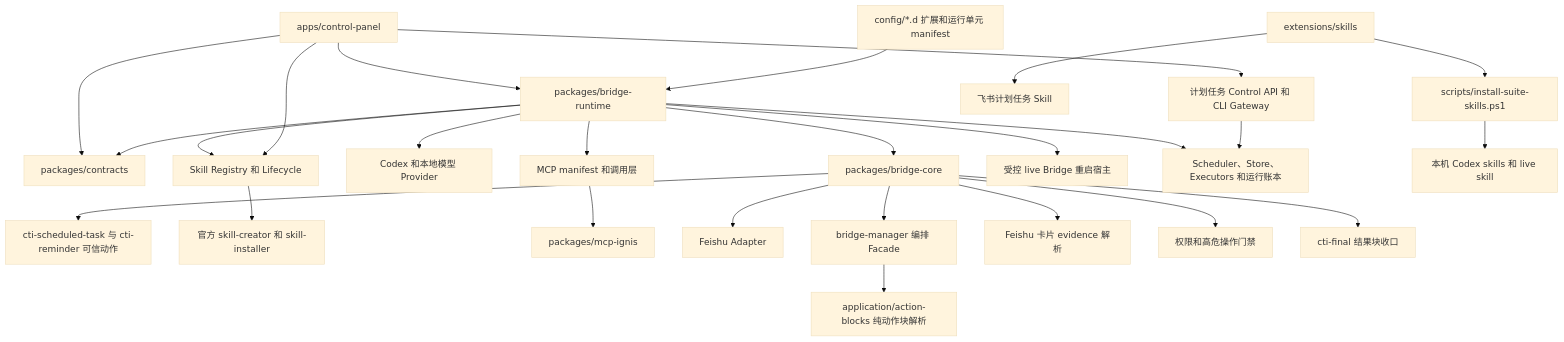
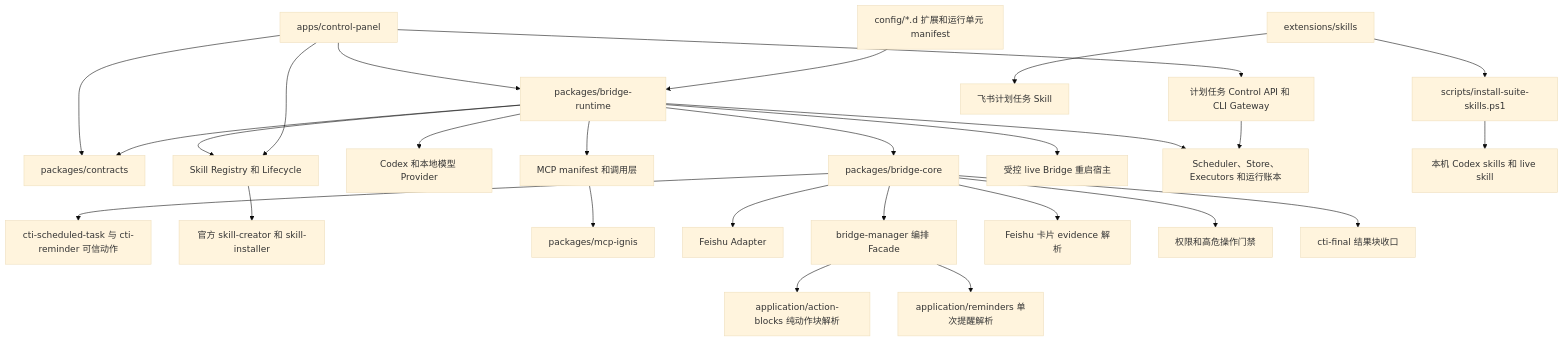
The second of 17 diagrams in docs/PROJECT-ARCHITECTURE.md (dddfuxi/codex-im-suite), drawn with Mermaid (base theme) before and after one commit. The commit also changed other lines of this file and 5 other files, not shown here.

Commit message:
refactor: extract reminder parsing

````diff
--- a/docs/PROJECT-ARCHITECTURE.md
+++ b/docs/PROJECT-ARCHITECTURE.md
@@ -64,28 +64,29 @@
 ```mermaid
 flowchart TD
   Panel[apps/control-panel] --> Runtime[packages/bridge-runtime]
   Panel --> Contracts[packages/contracts]
   Runtime --> Contracts
   Runtime --> Core[packages/bridge-core]
   Runtime --> ProviderLayer[Codex 和本地模型 Provider]
   Runtime --> McpLayer[MCP manifest 和调用层]
   Runtime --> SkillLifecycle[Skill Registry 和 Lifecycle]
   Runtime --> BridgeControl[受控 live Bridge 重启宿主]
   Runtime --> ScheduledEngine[Scheduler、Store、Executors 和运行账本]
   Core --> ScheduledActions[cti-scheduled-task 与 cti-reminder 可信动作]
   Panel --> ScheduledGateway[计划任务 Control API 和 CLI Gateway]
   ScheduledGateway --> ScheduledEngine
   SkillLifecycle --> OfficialSkillTools[官方 skill-creator 和 skill-installer]
   Panel --> SkillLifecycle
   McpLayer --> IgnisPackage[packages/mcp-ignis]
   Core --> FeishuAdapter[Feishu Adapter]
   Core --> BridgeFacade[bridge-manager 编排 Facade]
   BridgeFacade --> ActionBlocks[application/action-blocks 纯动作块解析]
+  BridgeFacade --> ReminderParsing[application/reminders 单次提醒解析]
   Core --> FeishuCardEvidence[Feishu 卡片 evidence 解析]
   Core --> PermissionBroker[权限和高危操作门禁]
   Core --> ReplyEnvelope[cti-final 结果块收口]
   Config[config/*.d 扩展和运行单元 manifest] --> Runtime
   Extensions[extensions/skills] --> Scripts[scripts/install-suite-skills.ps1]
   Extensions --> ScheduledSkill[飞书计划任务 Skill]
   Scripts --> CodexSkills[本机 Codex skills 和 live skill]
 ```
````
